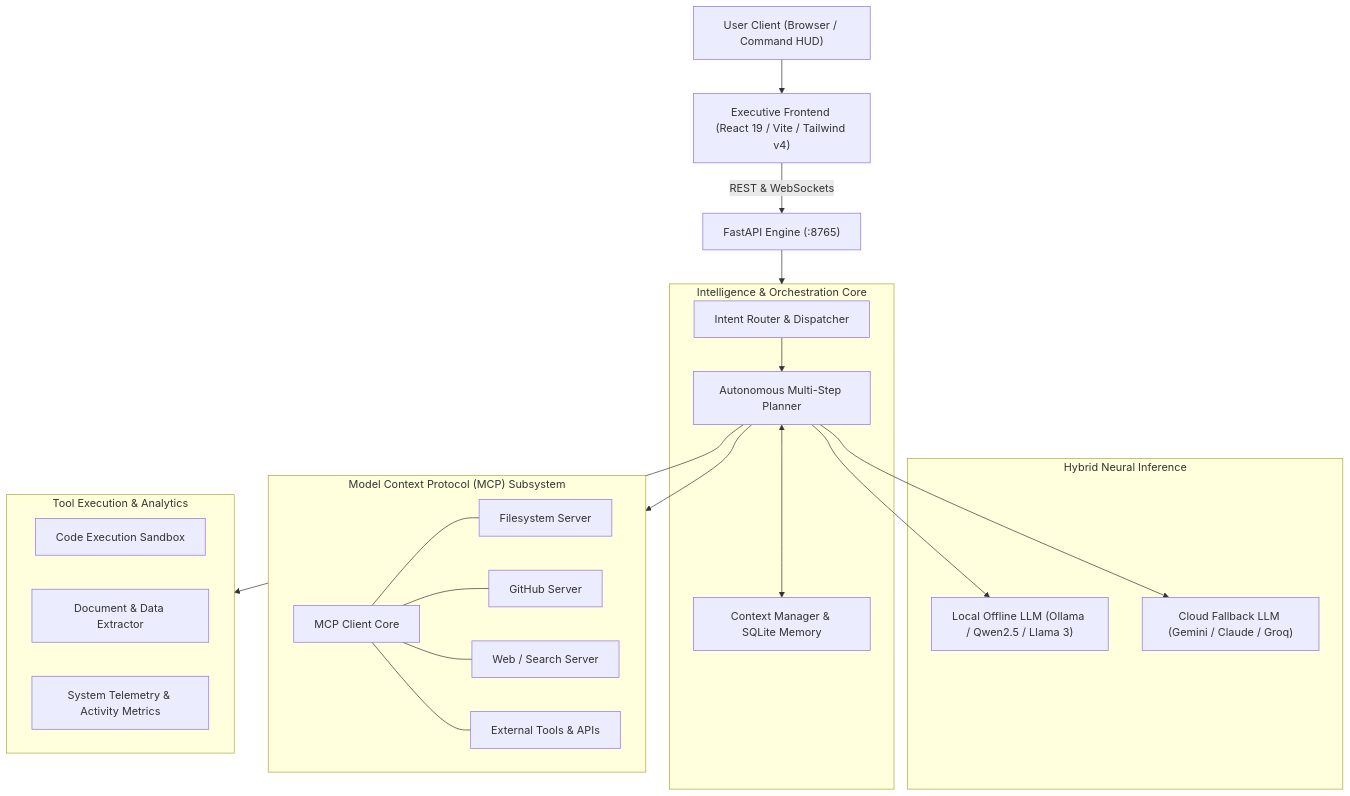
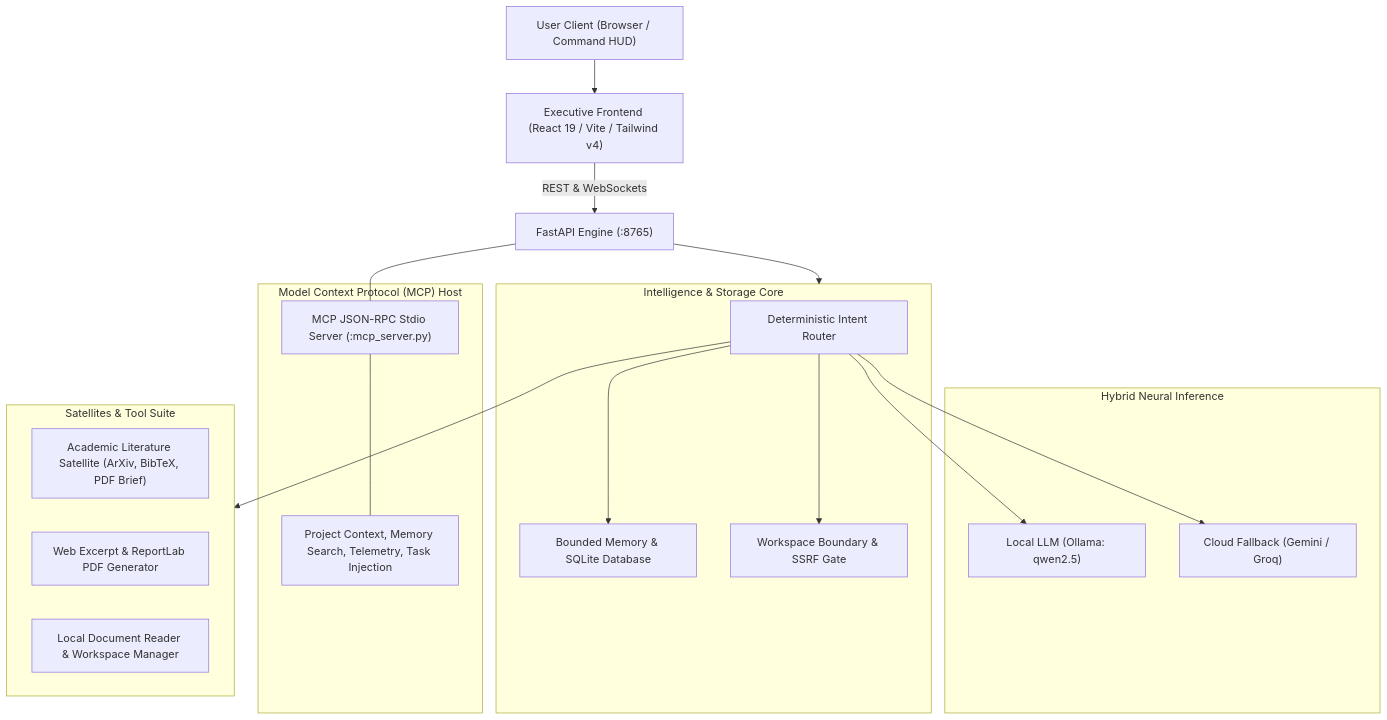
The diagram in README.md (Tamore/YomiOS), drawn with Mermaid before and after one commit. The commit also changed other lines of this file and 30 other files, not shown here.

Commit message:
Integrate audit repairs and keep personal records in a local workspace

````diff
--- a/README.md
+++ b/README.md
@@ -23,43 +24,36 @@
 ```mermaid
 graph TD
     User["User Client (Browser / Command HUD)"] --> HUD["Executive Frontend (React 19 / Vite / Tailwind v4)"]
     HUD -->|REST & WebSockets| API["FastAPI Engine (:8765)"]
     
-    subgraph Core ["Intelligence & Orchestration Core"]
-        Router["Intent Router & Dispatcher"]
-        Planner["Autonomous Multi-Step Planner"]
-        Context["Context Manager & SQLite Memory"]
+    subgraph Core ["Intelligence & Storage Core"]
+        Router["Deterministic Intent Router"]
+        Context["Bounded Memory & SQLite Database"]
+        Security["Workspace Boundary & SSRF Gate"]
         
-        Router --> Planner
-        Planner <--> Context
+        Router --> Context
+        Router --> Security
     end
     API --> Core
 
     subgraph LLMEngine ["Hybrid Neural Inference"]
-        LocalLLM["Local Offline LLM (Ollama / Qwen2.5 / Llama 3)"]
-        CloudLLM["Cloud Fallback LLM (Gemini / Claude / Groq)"]
-        Planner --> LocalLLM
-        Planner --> CloudLLM
+        LocalLLM["Local LLM (Ollama: qwen2.5)"]
+        CloudLLM["Cloud Fallback (Gemini / Groq)"]
+        Router --> LocalLLM
+        Router --> CloudLLM
     end
 
-    subgraph MCP ["Model Context Protocol (MCP) Subsystem"]
-        MCPClient["MCP Client Core"]
-        FSServer["Filesystem Server"]
-        GHServer["GitHub Server"]
-        SearchServer["Web / Search Server"]
-        CustomMCP["External Tools & APIs"]
-        
-        MCPClient --- FSServer
-        MCPClient --- GHServer
-        MCPClient --- SearchServer
-        MCPClient --- CustomMCP
+    subgraph MCP ["Model Context Protocol (MCP) Host"]
+        MCPServer["MCP JSON-RPC Stdio Server (:mcp_server.py)"]
+        Tools["Project Context, Memory Search, Telemetry, Task Injection"]
+        MCPServer --- Tools
     end
-    Planner --> MCP
+    API --- MCPServer
 
-    subgraph Sandbox ["Tool Execution & Analytics"]
-        CodeExec["Code Execution Sandbox"]
-        DocReader["Document & Data Extractor"]
-        Telemetry["System Telemetry & Activity Metrics"]
+    subgraph ToolSuite ["Satellites & Tool Suite"]
+        ArXiv["Academic Literature Satellite (ArXiv, BibTeX, PDF Brief)"]
+        WebSummary["Web Excerpt & ReportLab PDF Generator"]
+        Workspace["Local Document Reader & Workspace Manager"]
     end
-    Planner --> Sandbox
+    Router --> ToolSuite
 ```
````
